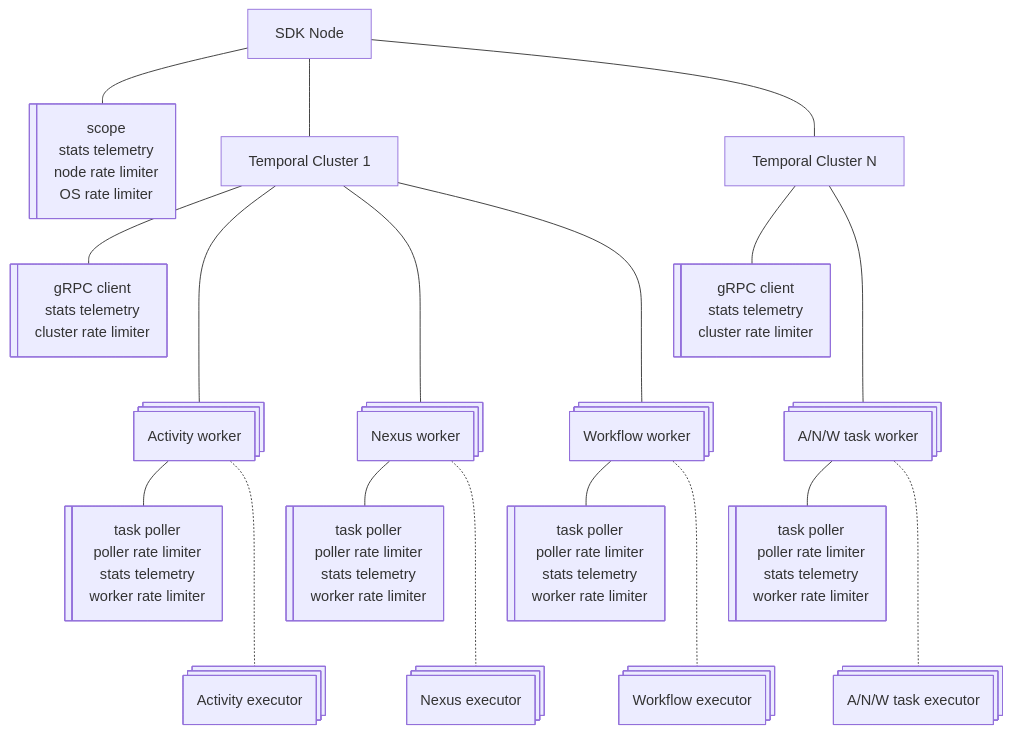
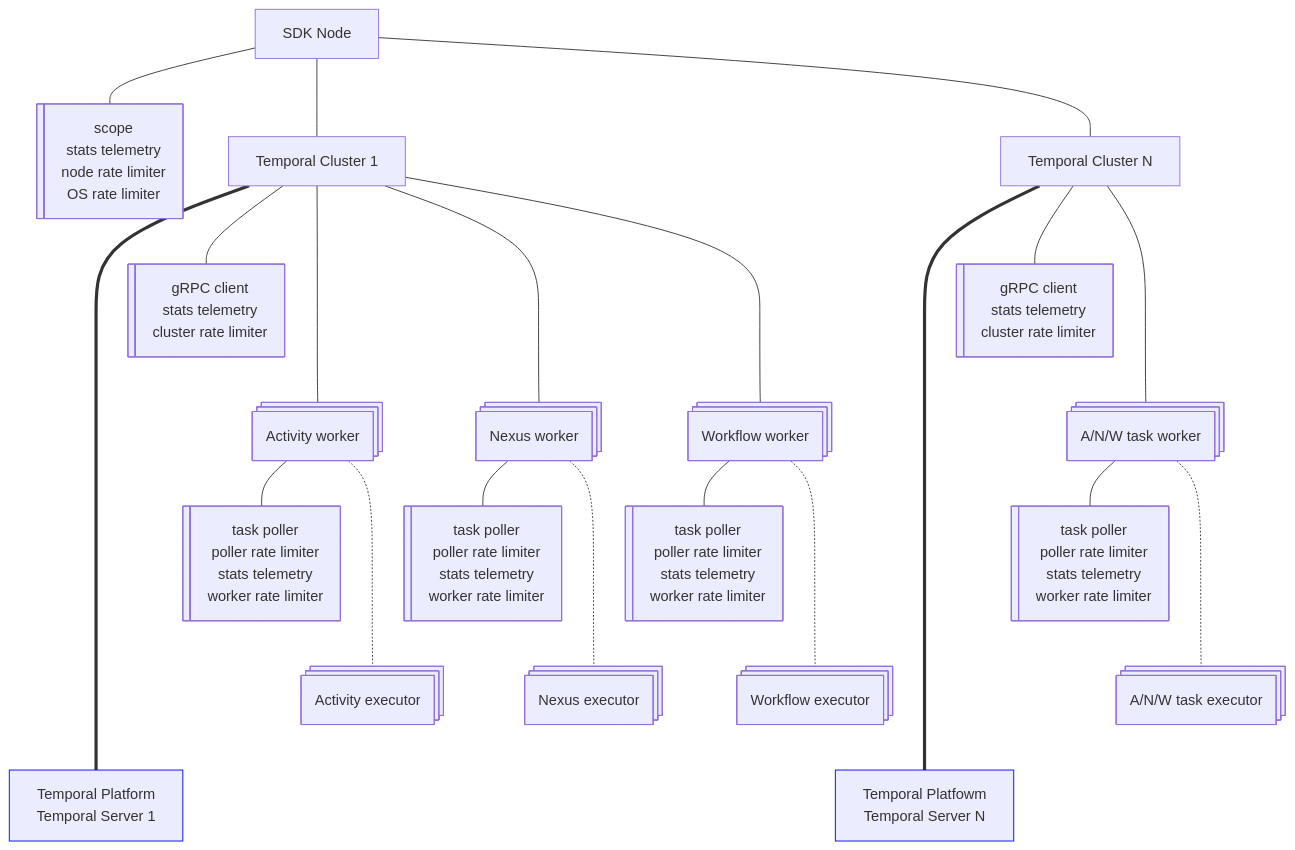
The diagram in docs/architecture.md (andrzej-mag/temporal_sdk), drawn with Mermaid before and after one commit.

````diff
--- a/docs/architecture.md
+++ b/docs/architecture.md
@@ -3,66 +3,81 @@
 ```mermaid
 flowchart TD
   Node@{ shape: rect, label: "SDK Node"}
   NodeTool@{ shape: lin-rect, label: "scope <br> stats telemetry <br> node rate limiter <br> OS rate limiter"}
 
   Cluster1@{ shape: rect, label: "Temporal Cluster 1"}
   ClusterN@{ shape: rect, label: "Temporal Cluster N"}
   ClusterTool@{ shape: lin-rect, label: "gRPC client <br> stats telemetry <br> cluster rate limiter"}
   ClusterToolN@{ shape: lin-rect, label: "gRPC client <br> stats telemetry <br> cluster rate limiter"}
 
   Activity@{ shape: processes, label: "Activity worker" }
   ActivityTool@{ shape: lin-rect, label: "task poller <br> poller rate limiter <br> stats telemetry <br> worker  rate limiter" }
 
   Nexus@{ shape: processes, label: "Nexus worker" }
   NexusTool@{ shape: lin-rect, label: "task poller <br> poller rate limiter <br> stats telemetry <br> worker  rate limiter" }
 
   Workflow@{ shape: processes, label: "Workflow worker" }
   WorkflowTool@{ shape: lin-rect, label: "task poller <br> poller rate limiter <br> stats telemetry <br> worker  rate limiter" }
 
   Task@{ shape: processes, label: "A/N/W task worker" }
   TaskTool@{ shape: lin-rect, label: "task poller <br> poller rate limiter <br> stats telemetry <br> worker rate limiter" }
 
   ActivityExec@{ shape: processes, label: "Activity executor" }
   NexusExec@{ shape: processes, label: "Nexus executor" }
   WorkflowExec@{ shape: processes, label: "Workflow executor" }
   TaskExec@{ shape: processes, label: "A/N/W task executor" }
 
+  TemporalServer1@{ shape: rect, label: "Temporal Platform <br> Temporal Server 1"}
+  TemporalServerN@{ shape: rect, label: "Temporal Platfowm <br> Temporal Server N"}
+
+  style TemporalServer1 stroke:#0000ff
+  style TemporalServerN stroke:#0000ff
+
   Node --- NodeTool
   Node --- Cluster1
+  Cluster1 ======= TemporalServer1
   Cluster1 --- ClusterTool
   Cluster1 ---- Activity
   Cluster1 ---- Nexus
   Cluster1 ---- Workflow
   Node --- ClusterN
+  ClusterN ======= TemporalServerN
   ClusterN --- ClusterToolN
   ClusterN ---- Task
   Activity --- ActivityTool
   Activity -..- ActivityExec
   Nexus --- NexusTool
   Nexus -..- NexusExec
   Workflow --- WorkflowTool
   Workflow -..- WorkflowExec
   Task --- TaskTool
   Task -..- TaskExec
 
   click Node "https://hexdocs.pm/temporal_sdk/temporal_sdk_node.html" _blank
   click NodeTool "https://hexdocs.pm/temporal_sdk/temporal_sdk_node.html" _blank
 
   click Cluster1 "https://hexdocs.pm/temporal_sdk/temporal_sdk_cluster.html" _blank
   click ClusterN "https://hexdocs.pm/temporal_sdk/temporal_sdk_cluster.html" _blank
   click ClusterTool "https://hexdocs.pm/temporal_sdk/temporal_sdk_cluster.html" _blank
   click ClusterToolN "https://hexdocs.pm/temporal_sdk/temporal_sdk_cluster.html" _blank
 
   click Activity "https://hexdocs.pm/temporal_sdk/temporal_sdk_worker.html" _blank
   click ActivityTool "https://hexdocs.pm/temporal_sdk/temporal_sdk_worker.html" _blank
   click Nexus "https://hexdocs.pm/temporal_sdk/temporal_sdk_worker.html" _blank
   click NexusTool "https://hexdocs.pm/temporal_sdk/temporal_sdk_worker.html" _blank
   click Workflow "https://hexdocs.pm/temporal_sdk/temporal_sdk_worker.html" _blank
   click WorkflowTool "https://hexdocs.pm/temporal_sdk/temporal_sdk_worker.html" _blank
   click Task "https://hexdocs.pm/temporal_sdk/temporal_sdk_worker.html" _blank
   click TaskTool "https://hexdocs.pm/temporal_sdk/temporal_sdk_worker.html" _blank
 
   click ActivityExec "https://hexdocs.pm/temporal_sdk/temporal_sdk_activity.html" _blank
   click NexusExec "https://hexdocs.pm/temporal_sdk/temporal_sdk_nexus.html" _blank
   click WorkflowExec "https://hexdocs.pm/temporal_sdk/temporal_sdk_workflow.html" _blank
+
+  click TemporalServer1 "https://docs.temporal.io/temporal" _blank
+  click TemporalServerN "https://docs.temporal.io/temporal" _blank
+
+
+
+
 ```
````
